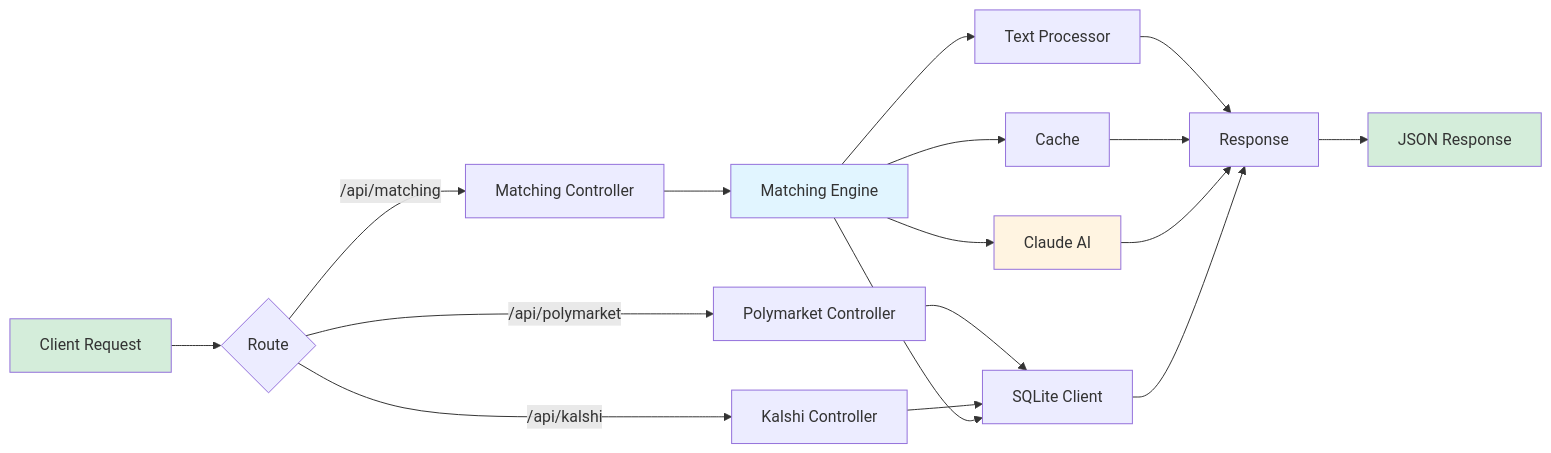
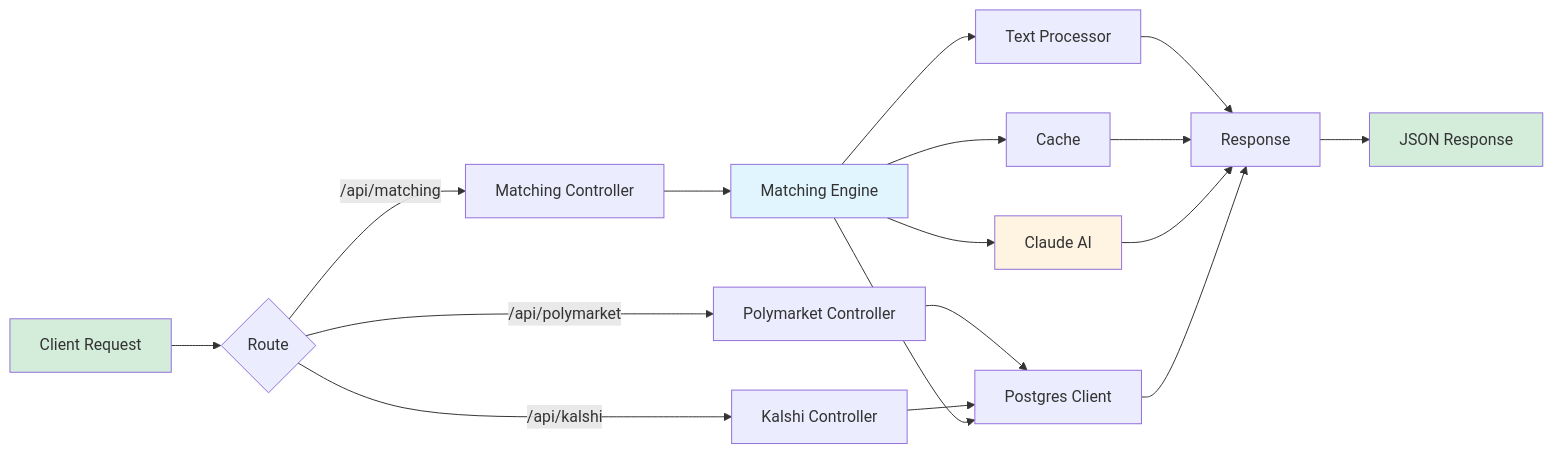
Before and after one commit to ivaaak/PredictionMarket-Arbitrage: the eighth of 8 diagrams in architecture.md, drawn with Mermaid. The commit also changed other lines of this file and 16 other files, not shown here.

````diff
--- a/architecture.md
+++ b/architecture.md
@@ -335,29 +335,29 @@
 ```mermaid
 graph LR
     A[Client Request] --> B{Route}
     
     B -->|/api/polymarket| C[Polymarket Controller]
     B -->|/api/kalshi| D[Kalshi Controller]
     B -->|/api/matching| E[Matching Controller]
     
-    C --> F[SQLite Client]
+    C --> F[Postgres Client]
     D --> F
     E --> G[Matching Engine]
     
     G --> H[Text Processor]
     G --> I[Cache]
     G --> J[Claude AI]
     G --> F
     
     H --> K[Response]
     I --> K
     J --> K
     F --> K
     
     K --> L[JSON Response]
     
     style A fill:#d4edda
     style L fill:#d4edda
     style G fill:#e1f5ff
     style J fill:#fff4e1
 ```
````
